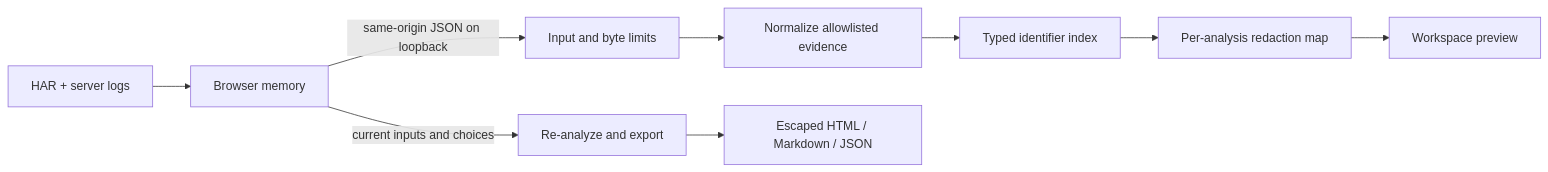
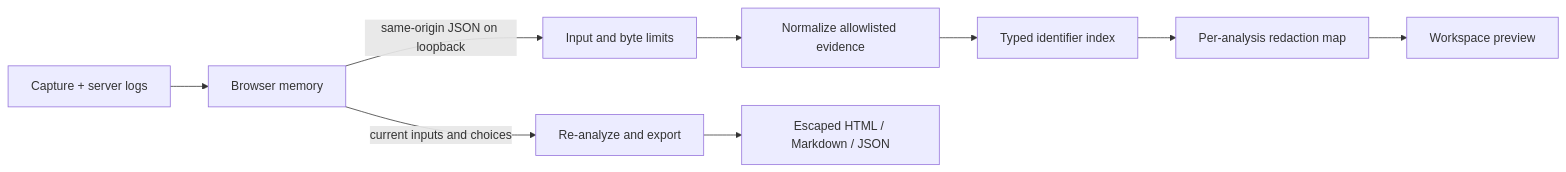
Before and after one commit to Nikkilodeonee/BugParcel: the diagram in docs/architecture.md, drawn with Mermaid. The commit also changed other lines of this file and 45 other files, not shown here.

Commit message:
Release 1.4.0: add capture formats, archived logs, and explicit pulls

````diff
--- a/docs/architecture.md
+++ b/docs/architecture.md
@@ -5,11 +5,11 @@
 ```mermaid
 flowchart LR
-  files[HAR + server logs] --> browser[Browser memory]
+  files[Capture + server logs] --> browser[Browser memory]
   browser -->|same-origin JSON on loopback| api[Input and byte limits]
   api --> parse[Normalize allowlisted evidence]
   parse --> join[Typed identifier index]
   join --> redact[Per-analysis redaction map]
   redact --> preview[Workspace preview]
   browser -->|current inputs and choices| export[Re-analyze and export]
   export --> report[Escaped HTML / Markdown / JSON]
 ```
````
